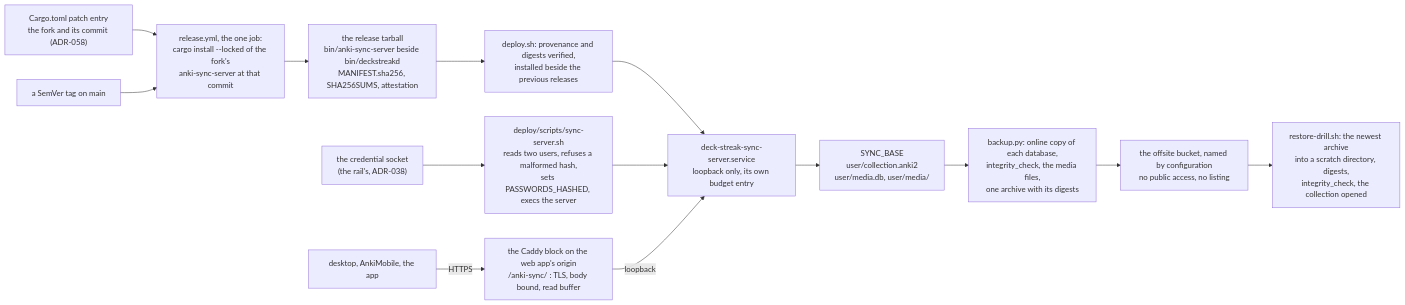
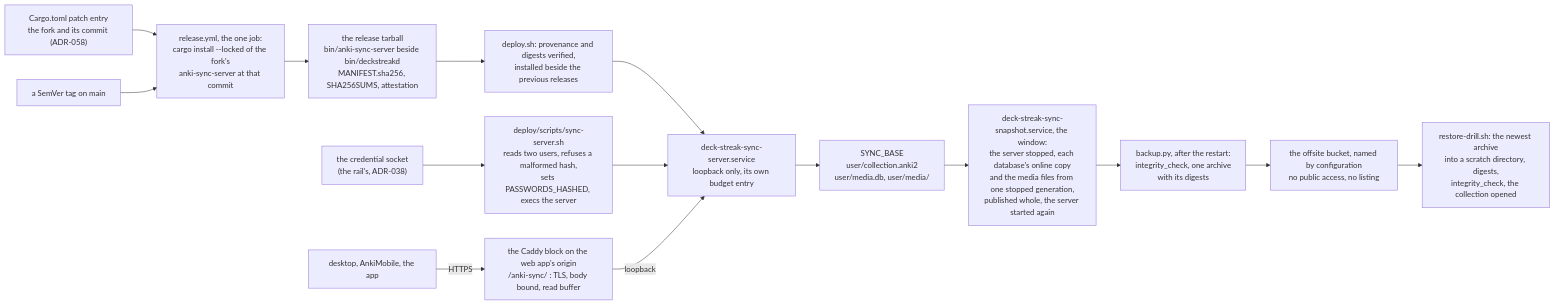
The first of 2 diagrams in docs/schematics/sync-server-packaging-and-cutover.md (RexRenatus/deck-streak), drawn with Mermaid before and after one commit. The commit also changed other lines of this file and 5 other files, not shown here.

First line of the commit message:
docs(sync-server): decide the snapshot's stopped-server window (D12)

````diff
--- a/docs/schematics/sync-server-packaging-and-cutover.md
+++ b/docs/schematics/sync-server-packaging-and-cutover.md
@@ -17,25 +20,26 @@
 ```mermaid
 flowchart LR
   pin["Cargo.toml patch entry<br/>the fork and its commit (ADR-058)"]
   tag["a SemVer tag on main"]
   build["release.yml, the one job:<br/>cargo install --locked of the fork's<br/>anki-sync-server at that commit"]
   tarball["the release tarball<br/>bin/anki-sync-server beside bin/deckstreakd<br/>MANIFEST.sha256, SHA256SUMS, attestation"]
   deploy["deploy.sh: provenance and digests verified,<br/>installed beside the previous releases"]
   socket["the credential socket<br/>(the rail's, ADR-038)"]
   launcher["deploy/scripts/sync-server.sh<br/>reads two users, refuses a malformed hash,<br/>sets PASSWORDS_HASHED, execs the server"]
   unit["deck-streak-sync-server.service<br/>loopback only, its own budget entry"]
   route["the Caddy block on the web app's origin<br/>/anki-sync/ : TLS, body bound, read buffer"]
   clients["desktop, AnkiMobile, the app"]
   base["SYNC_BASE<br/>user/collection.anki2<br/>user/media.db, user/media/"]
-  snapshot["backup.py: online copy of each database,<br/>integrity_check, the media files,<br/>one archive with its digests"]
+  window["deck-streak-sync-snapshot.service, the window:<br/>the server stopped, each database's online copy<br/>and the media files from one stopped generation,<br/>published whole, the server started again"]
+  snapshot["backup.py, after the restart:<br/>integrity_check, one archive<br/>with its digests"]
   offsite["the offsite bucket, named by configuration<br/>no public access, no listing"]
   drill["restore-drill.sh: the newest archive<br/>into a scratch directory, digests,<br/>integrity_check, the collection opened"]
 
   pin --> build
   tag --> build
   build --> tarball --> deploy --> unit
   socket --> launcher --> unit
   clients -- HTTPS --> route -- loopback --> unit
   unit --> base
-  base --> snapshot --> offsite --> drill
+  base --> window --> snapshot --> offsite --> drill
 ```
````
